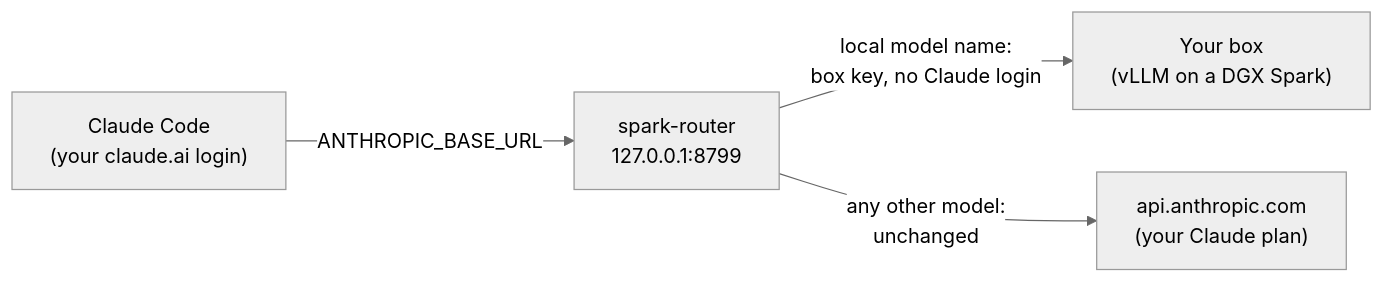
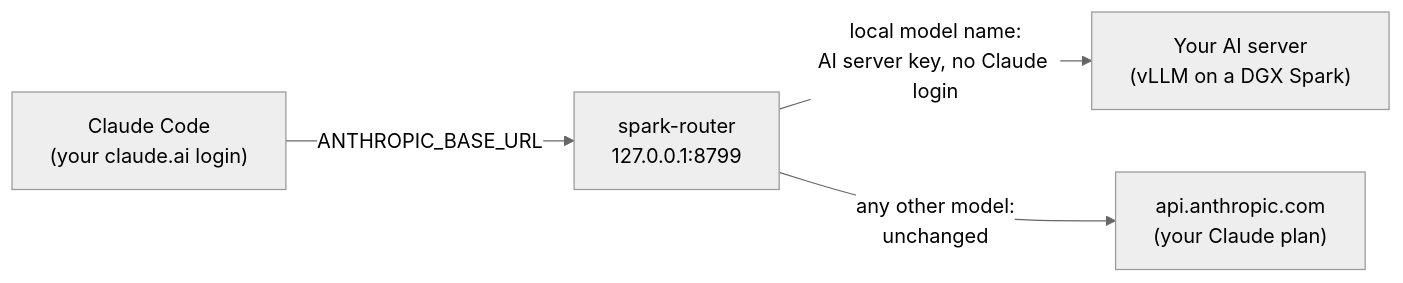
Before and after one commit to NithinMahesh1/Local-Agents-CC: the diagram in README.md, drawn with Mermaid (neutral theme). The commit also changed other lines of this file and 33 other files, not shown here.

First line of the commit message:
feat: add setup and benchmark commands, and call the box "AI server"

````diff
--- a/README.md
+++ b/README.md
@@ -116,6 +90,6 @@
 ```mermaid
 flowchart LR
     CC["Claude Code<br/>(your claude.ai login)"] -->|"ANTHROPIC_BASE_URL"| R["spark-router<br/>127.0.0.1:8799"]
-    R -->|"local model name:<br/>box key, no Claude login"| BOX["Your box<br/>(vLLM on a DGX Spark)"]
+    R -->|"local model name:<br/>AI server key, no Claude login"| BOX["Your AI server<br/>(vLLM on a DGX Spark)"]
     R -->|"any other model:<br/>unchanged"| API["api.anthropic.com<br/>(your Claude plan)"]
 ```
````
